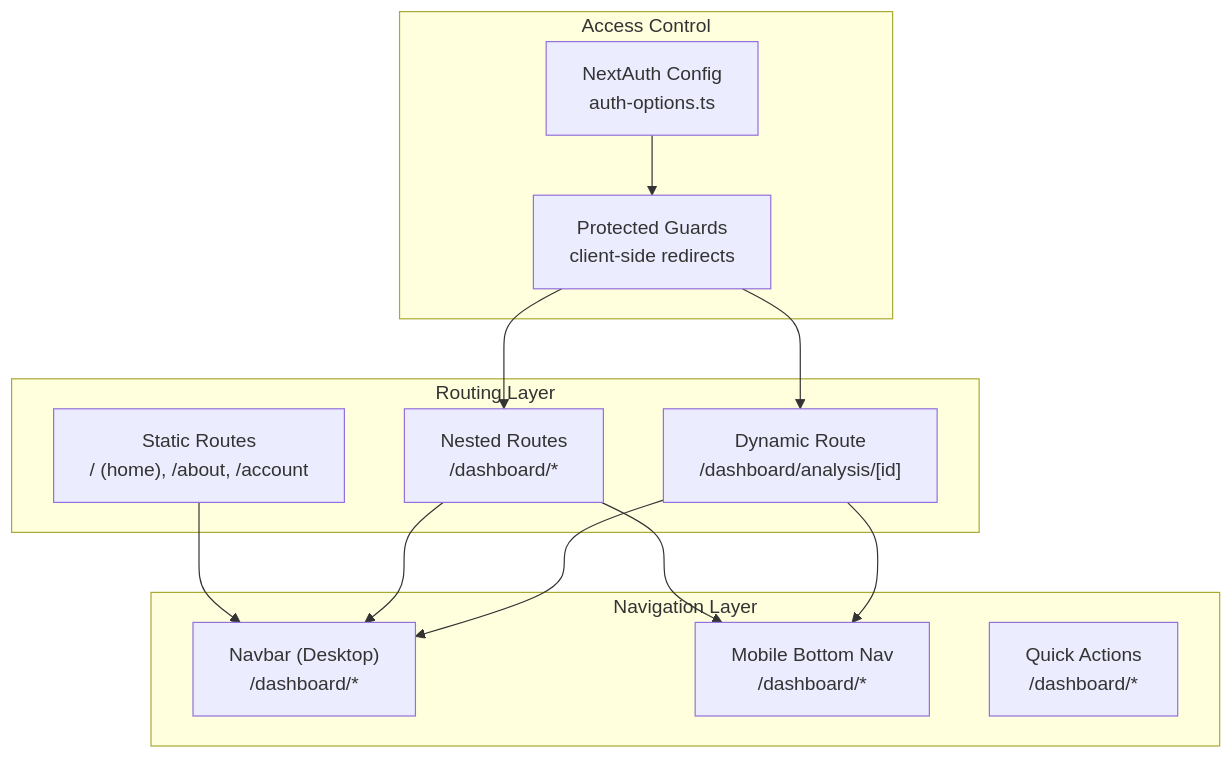
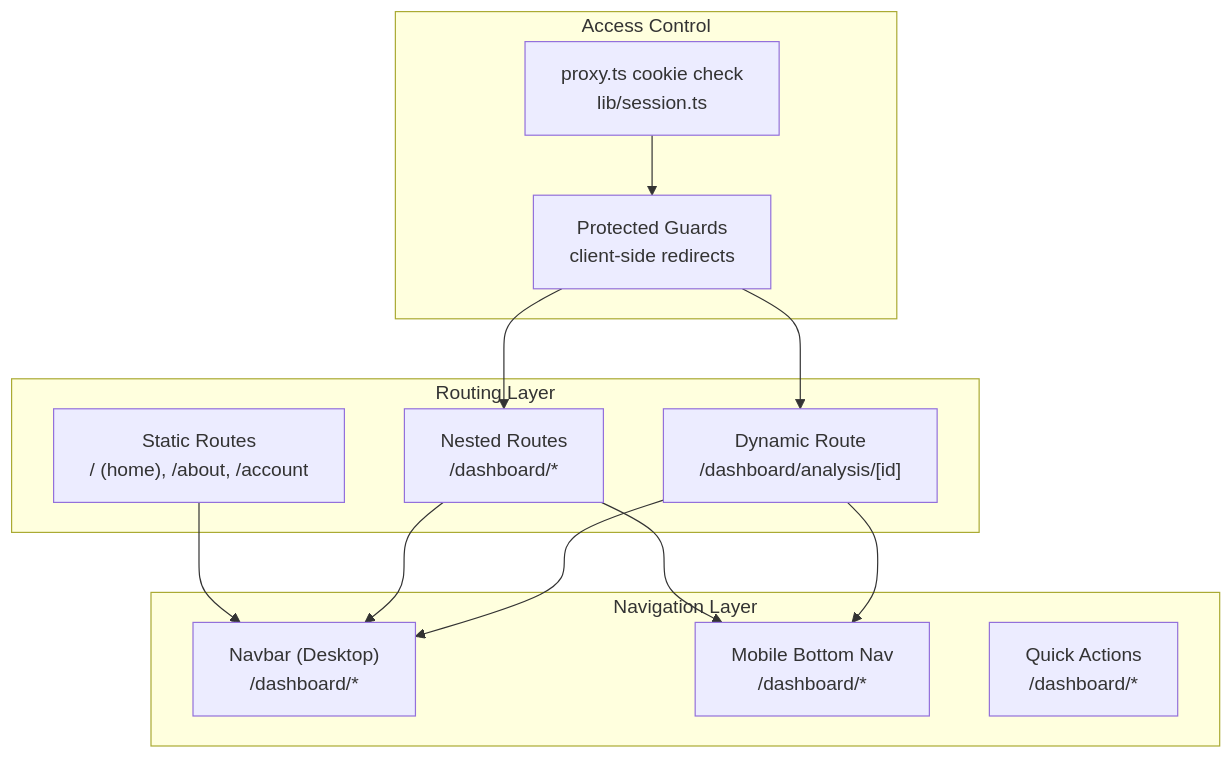
The second of 10 diagrams in src/data/docs/talentsync/Frontend Application/Page Routing and Navigation.md (tashifkhan/tashif.codes), drawn with Mermaid before and after one commit. The commit also changed other lines of this file and 2128 other files, not shown here.

First line of the commit message:
docs: replace raster diagram images with native Mermaid across project guides

````diff
--- a/src/data/docs/talentsync/Frontend Application/Page Routing and Navigation.md
+++ b/src/data/docs/talentsync/Frontend Application/Page Routing and Navigation.md
@@ -54,25 +53,25 @@
 ```mermaid
 graph TB
 subgraph "Routing Layer"
 R1["Static Routes<br/>/ (home), /about, /account"]
 R2["Nested Routes<br/>/dashboard/*"]
 R3["Dynamic Route<br/>/dashboard/analysis/[id]"]
 end
 subgraph "Navigation Layer"
 N1["Navbar (Desktop)<br/>/dashboard/*"]
 N2["Mobile Bottom Nav<br/>/dashboard/*"]
 N3["Quick Actions<br/>/dashboard/*"]
 end
 subgraph "Access Control"
-A1["NextAuth Config<br/>auth-options.ts"]
+A1["proxy.ts cookie check<br/>lib/session.ts"]
 A2["Protected Guards<br/>client-side redirects"]
 end
 R1 --> N1
 R2 --> N1
 R3 --> N1
 R2 --> N2
 R3 --> N2
 A1 --> A2
 A2 --> R2
 A2 --> R3
 ```
````
